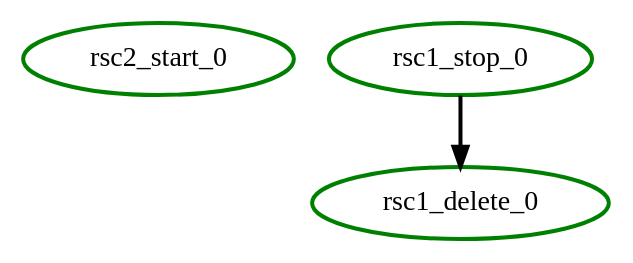
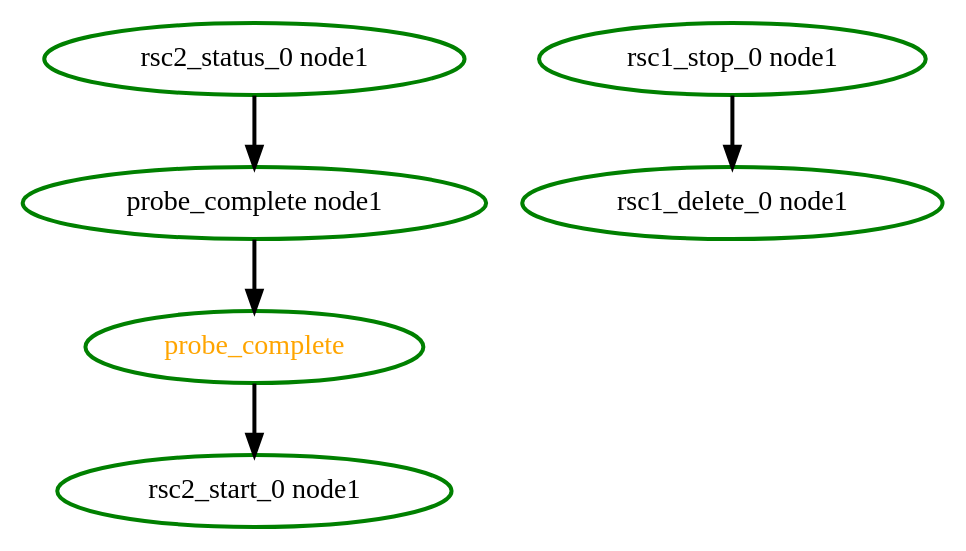
One commit to richiewen8/heartbeat changed the diagram in crm/pengine/testcases/simple6.dot. Above: the diagram before and after it, drawn with Graphviz. The commit also changed 229 other files, not shown here.

```diff
--- a/crm/pengine/testcases/simple6.dot
+++ b/crm/pengine/testcases/simple6.dot
@@ -1,7 +1,13 @@
 digraph "g" {
 	size = "30,30"
-"rsc2_start_0" [ tooltip="node1" style=bold color="green" fontcolor="black" ]
-"rsc1_stop_0" [ tooltip="node1" style=bold color="green" fontcolor="black" ]
-"rsc1_delete_0" [ tooltip="node1" style=bold color="green" fontcolor="black" ]
-"rsc1_stop_0" -> "rsc1_delete_0" [ style = bold]
+"probe_complete" [ style=bold color="green" fontcolor="orange" ]
+"probe_complete node1" [ style=bold color="green" fontcolor="black" ]
+"rsc2_status_0 node1" [ style=bold color="green" fontcolor="black" ]
+"rsc2_start_0 node1" [ style=bold color="green" fontcolor="black" ]
+"rsc1_stop_0 node1" [ style=bold color="green" fontcolor="black" ]
+"rsc1_delete_0 node1" [ style=bold color="green" fontcolor="black" ]
+"probe_complete node1" -> "probe_complete" [ style = bold]
+"rsc2_status_0 node1" -> "probe_complete node1" [ style = bold]
+"probe_complete" -> "rsc2_start_0 node1" [ style = bold]
+"rsc1_stop_0 node1" -> "rsc1_delete_0 node1" [ style = bold]
 }
```
